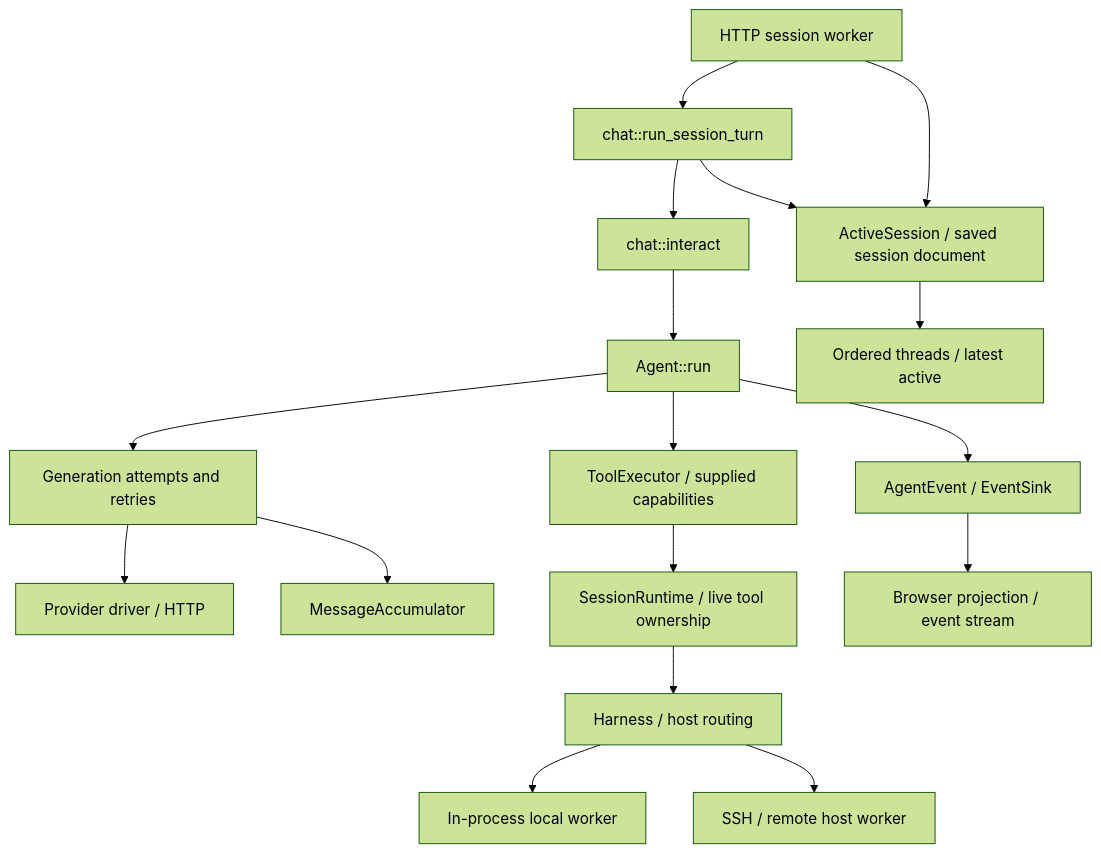
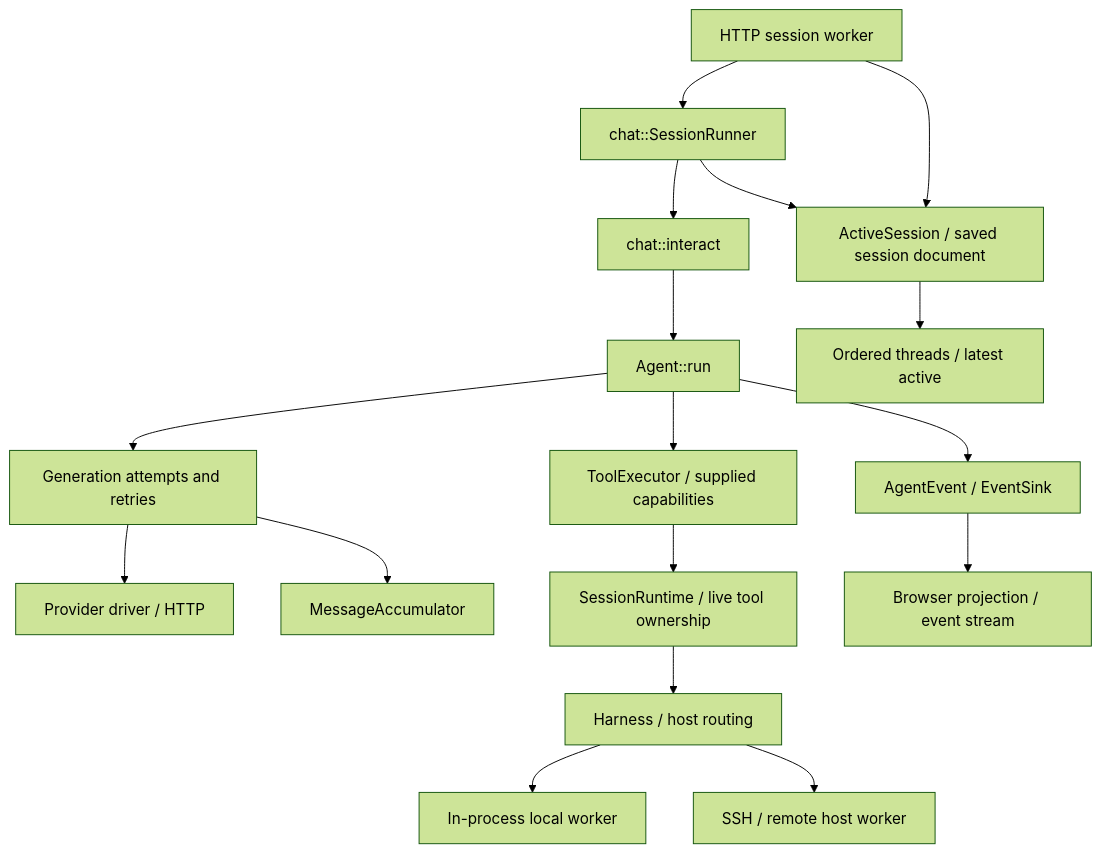
One commit to tsnl/myco changed the diagram in TOUR.md. Above: the diagram before and after it, drawn with Mermaid (forest theme). The commit also changed other lines of this file and 102 other files, not shown here.

````diff
--- a/TOUR.md
+++ b/TOUR.md
@@ -37,19 +37,19 @@
 ```mermaid
 flowchart TD
-    Server[HTTP session worker] --> Chat[chat::run_session_turn]
+    Server[HTTP session worker] --> Chat[chat::SessionRunner]
     Chat --> Input[chat::interact]
     Input --> Agent[Agent::run]
     Agent --> Generation[Generation attempts and retries]
     Generation --> Driver[Provider driver / HTTP]
     Generation --> Accumulator[MessageAccumulator]
     Agent --> Tools[ToolExecutor / supplied capabilities]
     Tools --> Runtime[SessionRuntime / live tool ownership]
     Runtime --> Harness[Harness / host routing]
     Harness --> Local[In-process local worker]
     Harness --> Remote[SSH / remote host worker]
     Agent --> Events[AgentEvent / EventSink]
     Events --> UI[Browser projection / event stream]
     Server --> Session[ActiveSession / saved session document]
     Chat --> Session
     Session --> Threads[Ordered threads / latest active]
 ```
````
